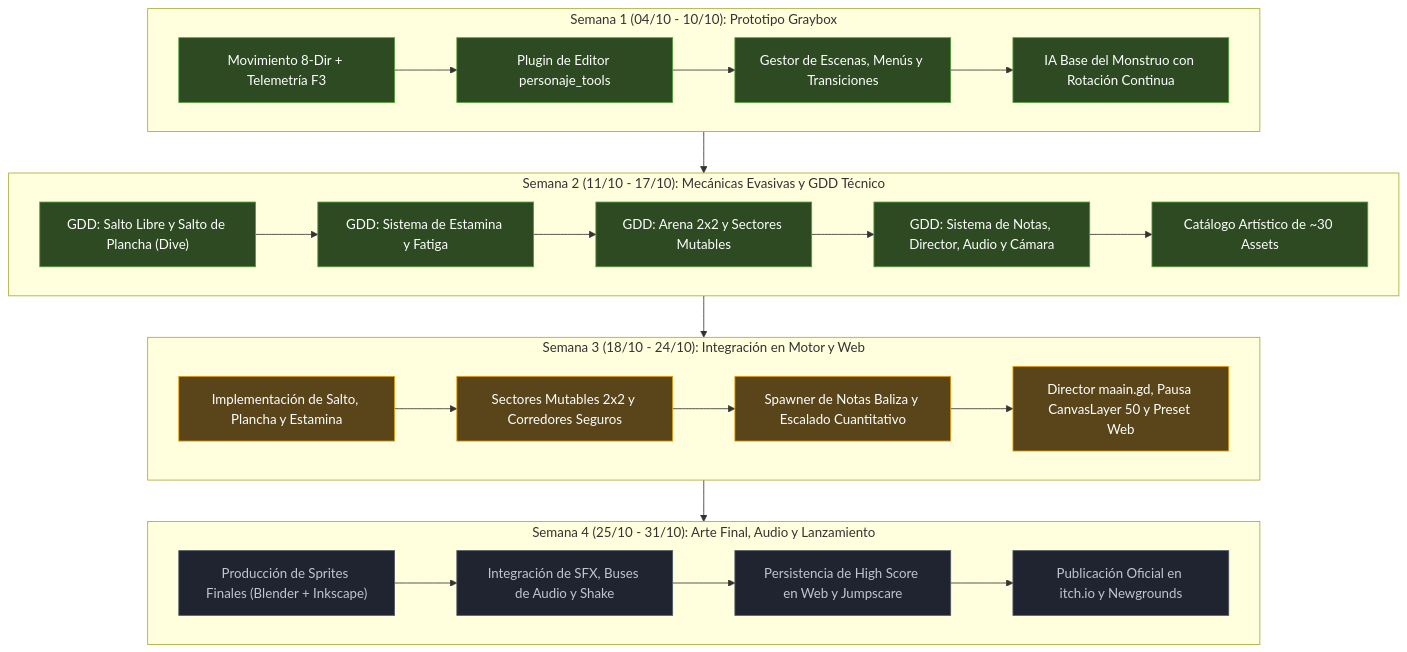
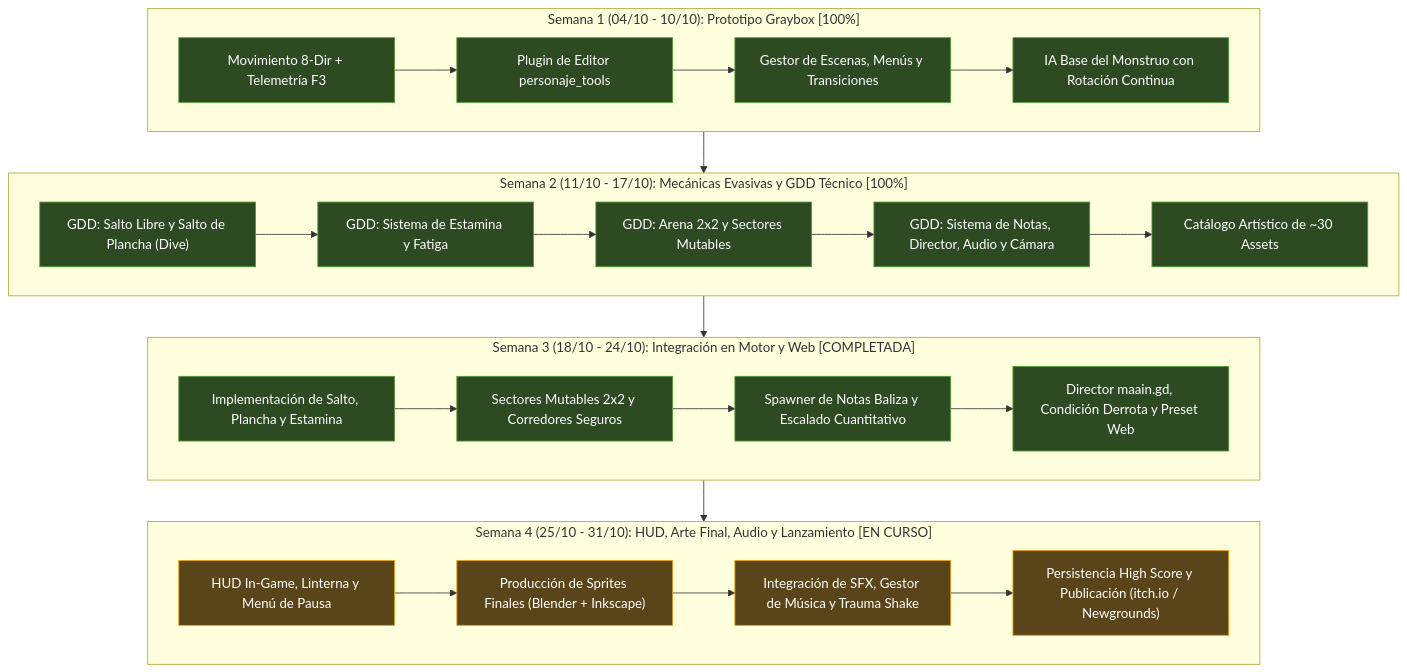
Before and after one commit to EmGamex/vosque: the diagram in docs/produccion/roadmap_y_hitos.md, drawn with Mermaid. The commit also changed other lines of this file and 25 other files, not shown here.

````diff
--- a/docs/produccion/roadmap_y_hitos.md
+++ b/docs/produccion/roadmap_y_hitos.md
@@ -9,39 +9,38 @@
 ```mermaid
 flowchart TD
-    subgraph S1 ["Semana 1 (04/10 - 10/10): Prototipo Graybox"]
+    subgraph S1 ["Semana 1 (04/10 - 10/10): Prototipo Graybox [100%]"]
         W1A["Movimiento 8-Dir + Telemetría F3"] --> W1B["Plugin de Editor personaje_tools"]
         W1B --> W1C["Gestor de Escenas, Menús y Transiciones"]
         W1C --> W1D["IA Base del Monstruo con Rotación Continua"]
     end
 
-    subgraph S2 ["Semana 2 (11/10 - 17/10): Mecánicas Evasivas y GDD Técnico"]
+    subgraph S2 ["Semana 2 (11/10 - 17/10): Mecánicas Evasivas y GDD Técnico [100%]"]
         W2A["GDD: Salto Libre y Salto de Plancha (Dive)"] --> W2B["GDD: Sistema de Estamina y Fatiga"]
         W2B --> W2C["GDD: Arena 2x2 y Sectores Mutables"]
         W2C --> W2D["GDD: Sistema de Notas, Director, Audio y Cámara"]
         W2D --> W2E["Catálogo Artístico de ~30 Assets"]
     end
 
-    subgraph S3 ["Semana 3 (18/10 - 24/10): Integración en Motor y Web"]
+    subgraph S3 ["Semana 3 (18/10 - 24/10): Integración en Motor y Web [COMPLETADA]"]
         W3A["Implementación de Salto, Plancha y Estamina"] --> W3B["Sectores Mutables 2x2 y Corredores Seguros"]
         W3B --> W3C["Spawner de Notas Baliza y Escalado Cuantitativo"]
-        W3C --> W3D["Director maain.gd, Pausa CanvasLayer 50 y Preset Web"]
+        W3C --> W3D["Director maain.gd, Condición Derrota y Preset Web"]
     end
 
-    subgraph S4 ["Semana 4 (25/10 - 31/10): Arte Final, Audio y Lanzamiento"]
-        W4A["Producción de Sprites Finales (Blender + Inkscape)"] --> W4B["Integración de SFX, Buses de Audio y Shake"]
-        W4B --> W4C["Persistencia de High Score en Web y Jumpscare"]
-        W4C --> W4D["Publicación Oficial en itch.io y Newgrounds"]
+    subgraph S4 ["Semana 4 (25/10 - 31/10): HUD, Arte Final, Audio y Lanzamiento [EN CURSO]"]
+        W4A["HUD In-Game, Linterna y Menú de Pausa"] --> W4B["Producción de Sprites Finales (Blender + Inkscape)"]
+        W4B --> W4C["Integración de SFX, Gestor de Música y Trauma Shake"]
+        W4C --> W4D["Persistencia High Score y Publicación (itch.io / Newgrounds)"]
     end
 
     S1 --> S2
     S2 --> S3
     S3 --> S4
 
     classDef done fill:#2d4a22,stroke:#529e3a,color:#ffffff;
     classDef current fill:#5a451b,stroke:#e69f0c,color:#ffffff;
     classDef pending fill:#1f2430,stroke:#4f5b66,color:#c0c5ce;
 
-    class W1A,W1B,W1C,W1D,W2A,W2B,W2C,W2D,W2E done;
-    class W3A,W3B,W3C,W3D current;
-    class W4A,W4B,W4C,W4D pending;
+    class W1A,W1B,W1C,W1D,W2A,W2B,W2C,W2D,W2E,W3A,W3B,W3C,W3D done;
+    class W4A,W4B,W4C,W4D current;
 ```
````
